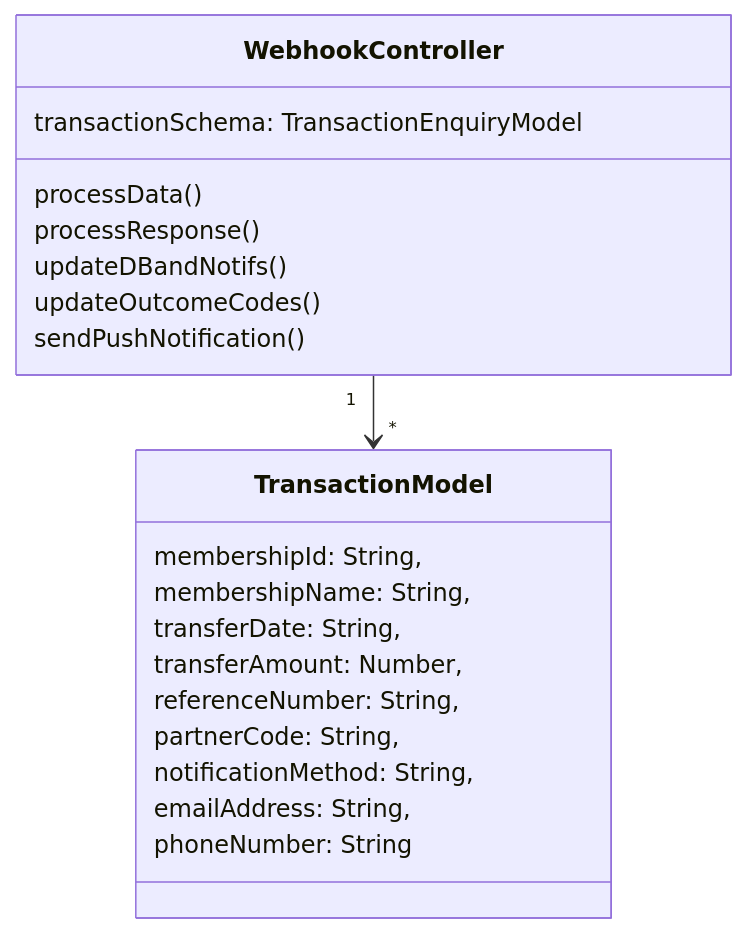
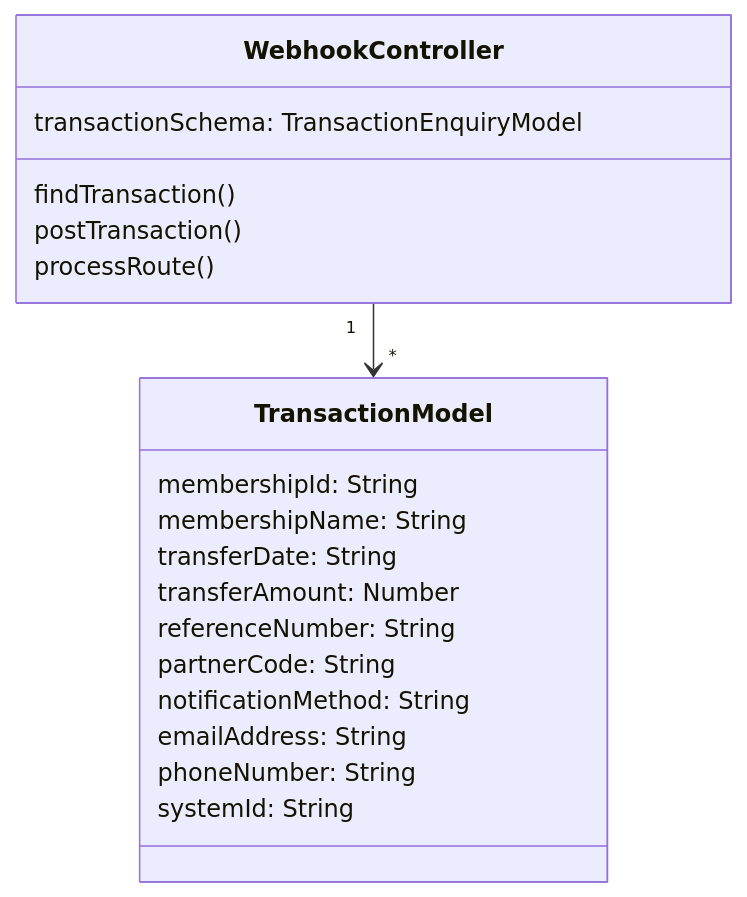
The eighth of 16 diagrams in UML Class Diagrams/mvcClass.md (Sean2309/50.003_ESC_Project), drawn with Mermaid before and after one commit. The commit also changed other lines of this file and 10 other files, not shown here.

Commit message:
chore: updated use case diagrams

````diff
--- a/UML Class Diagrams/mvcClass.md
+++ b/UML Class Diagrams/mvcClass.md
@@ -270,27 +309,26 @@
 ```mermaid
 classDiagram
 class WebhookController 
 WebhookController "1" --> "*" TransactionModel
 
 
 class WebhookController{
     transactionSchema: TransactionEnquiryModel
-    processData()
-    processResponse()
-    updateDBandNotifs()
-    updateOutcomeCodes()
-    sendPushNotification()
+    findTransaction()
+    postTransaction()
+    processRoute()
 }
 
 class TransactionModel{
-  membershipId: String,
-  membershipName: String,
-  transferDate: String,
-  transferAmount: Number,
-  referenceNumber: String,
-  partnerCode: String,
-  notificationMethod: String,
-  emailAddress: String,
+  membershipId: String
+  membershipName: String
+  transferDate: String
+  transferAmount: Number
+  referenceNumber: String
+  partnerCode: String
+  notificationMethod: String
+  emailAddress: String
   phoneNumber: String
+  systemId: String
 }
 ```
````
